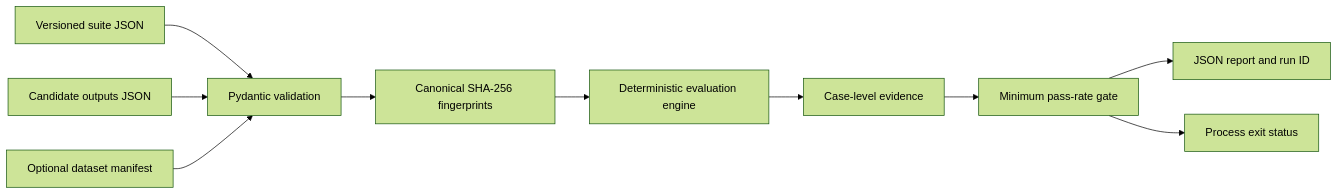
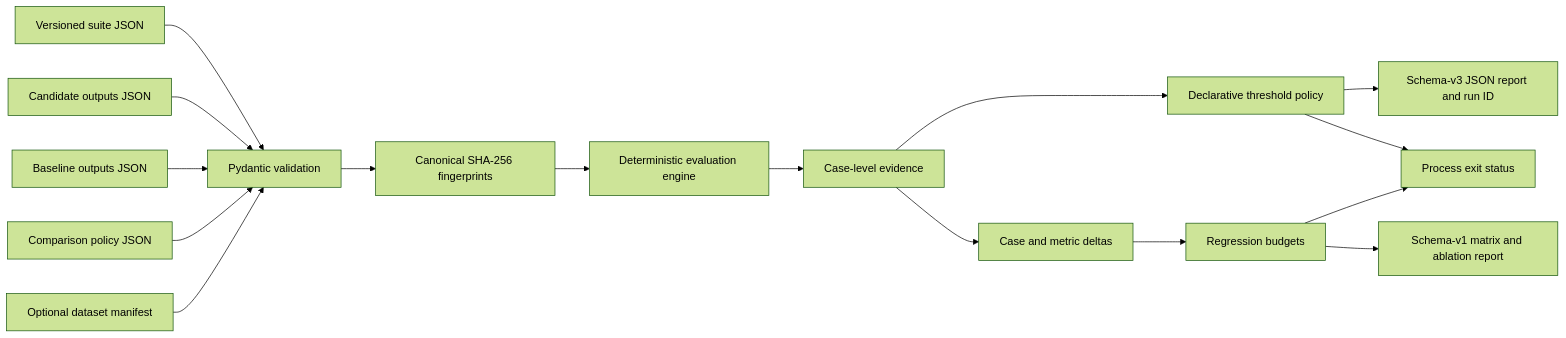
Before and after one commit to navaneeth9908/evalforge: the first of 2 diagrams in docs/architecture.md, drawn with Mermaid (forest theme). The commit also changed other lines of this file and 17 other files, not shown here.

````diff
--- a/docs/architecture.md
+++ b/docs/architecture.md
@@ -7,12 +7,18 @@
 ```mermaid
 flowchart LR
     S[Versioned suite JSON] --> V[Pydantic validation]
     O[Candidate outputs JSON] --> V
+    B[Baseline outputs JSON] --> V
+    C[Comparison policy JSON] --> V
     M[Optional dataset manifest] --> V
     V --> H[Canonical SHA-256 fingerprints]
     H --> E[Deterministic evaluation engine]
     E --> R[Case-level evidence]
-    R --> G[Minimum pass-rate gate]
-    G --> J[JSON report and run ID]
+    R --> G[Declarative threshold policy]
+    G --> J[Schema-v3 JSON report and run ID]
     G --> X[Process exit status]
+    R --> D[Case and metric deltas]
+    D --> Q[Regression budgets]
+    Q --> A[Schema-v1 matrix and ablation report]
+    Q --> X
 ```
````
